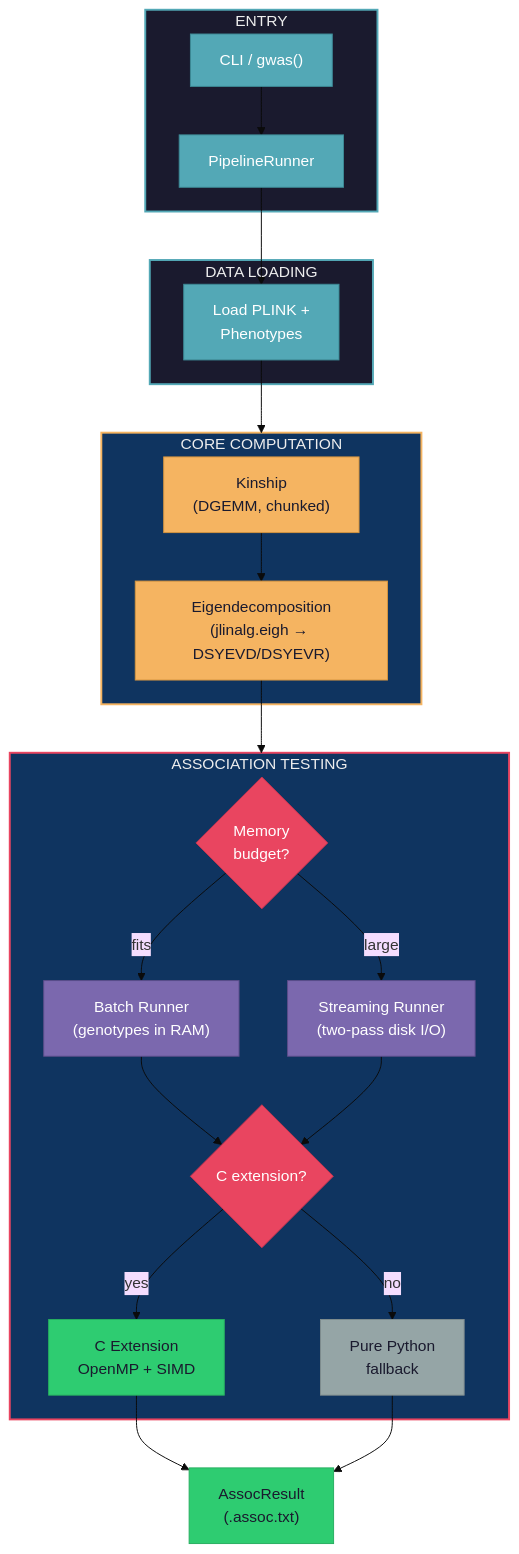
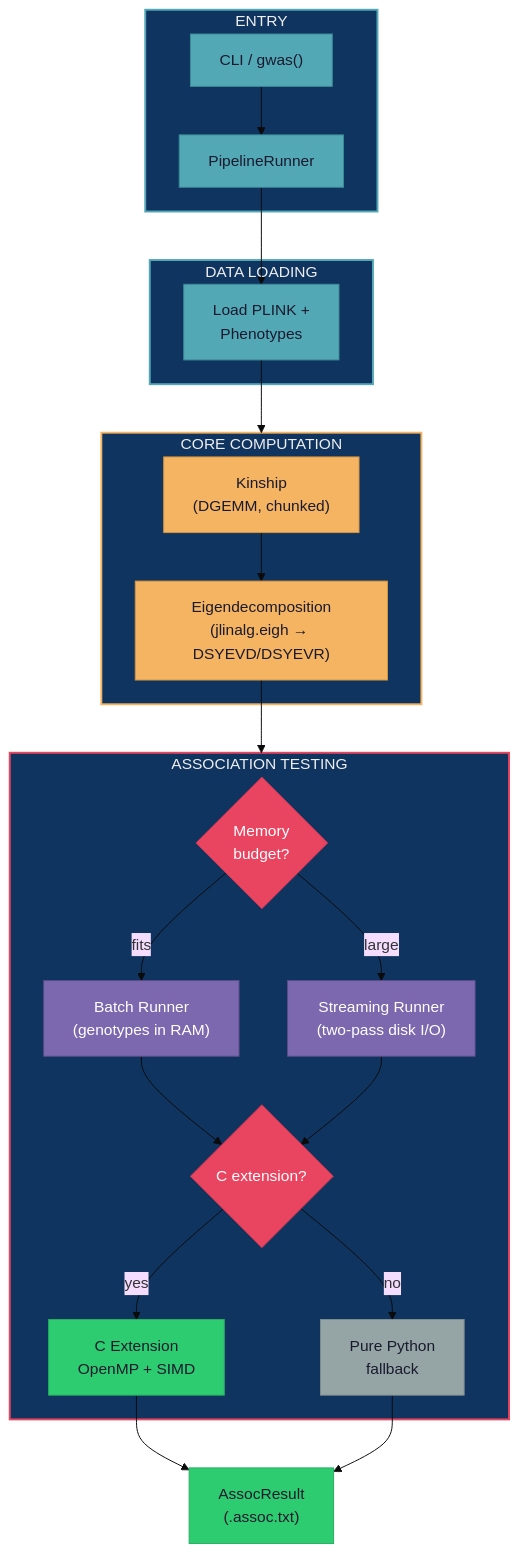
The diagram in README.md (michael-denyer/jamma), drawn with Mermaid (base theme) before and after one commit. The commit also changed 5 other files, not shown here.

First line of the commit message:
Fix the rendered architecture diagram's arrows, labels and contrast

````diff
--- a/README.md
+++ b/README.md
@@ -228,61 +228,61 @@
 ```mermaid
 flowchart TD
     subgraph ENTRY["ENTRY"]
         CLI["CLI / gwas()"]
         PIPE["PipelineRunner"]
         CLI --> PIPE
     end
 
     subgraph IO["DATA LOADING"]
         LOAD["Load PLINK +<br/>Phenotypes"]
     end
 
     subgraph CORE["CORE COMPUTATION"]
         KIN["Kinship<br/>(DGEMM, chunked)"]
         EIG["Eigendecomposition<br/>(jlinalg.eigh → DSYEVD/DSYEVR)"]
         KIN --> EIG
     end
 
     subgraph ASSOC["ASSOCIATION TESTING"]
         MEM{"Memory<br/>budget?"}
         NP["Batch Runner<br/>(genotypes in RAM)"]
         NPS["Streaming Runner<br/>(two-pass disk I/O)"]
         CEXT{"C extension?"}
         C["C Extension<br/>OpenMP + SIMD"]
         PY["Pure Python<br/>fallback"]
         MEM -->|fits| NP
         MEM -->|large| NPS
         NP --> CEXT
         NPS --> CEXT
         CEXT -->|yes| C
         CEXT -->|no| PY
     end
 
     RES["AssocResult<br/>(.assoc.txt)"]
 
     PIPE --> LOAD --> CORE
     EIG --> ASSOC
     C --> RES
     PY --> RES
 
-    style ENTRY fill:#1a1a2e,stroke:#53a8b6,color:#eee,stroke-width:2px
-    style IO fill:#1a1a2e,stroke:#53a8b6,color:#eee,stroke-width:2px
+    style ENTRY fill:#0f3460,stroke:#53a8b6,color:#eee,stroke-width:2px
+    style IO fill:#0f3460,stroke:#53a8b6,color:#eee,stroke-width:2px
     style CORE fill:#0f3460,stroke:#f5b461,color:#eee,stroke-width:2px
     style ASSOC fill:#0f3460,stroke:#e94560,color:#eee,stroke-width:2px
 
-    style CLI fill:#53a8b6,stroke:#3d8a96,color:#fff
-    style PIPE fill:#53a8b6,stroke:#3d8a96,color:#fff
-    style LOAD fill:#53a8b6,stroke:#3d8a96,color:#fff
+    style CLI fill:#53a8b6,stroke:#3d8a96,color:#1a1a2e
+    style PIPE fill:#53a8b6,stroke:#3d8a96,color:#1a1a2e
+    style LOAD fill:#53a8b6,stroke:#3d8a96,color:#1a1a2e
 
     style KIN fill:#f5b461,stroke:#d4943f,color:#1a1a2e
     style EIG fill:#f5b461,stroke:#d4943f,color:#1a1a2e
 
     style MEM fill:#e94560,stroke:#c73550,color:#fff
     style NP fill:#7b68ae,stroke:#5a4d8a,color:#fff
     style NPS fill:#7b68ae,stroke:#5a4d8a,color:#fff
     style CEXT fill:#e94560,stroke:#c73550,color:#fff
     style C fill:#2ecc71,stroke:#27ae60,color:#1a1a2e
     style PY fill:#95a5a6,stroke:#7f8c8d,color:#1a1a2e
 
     style RES fill:#2ecc71,stroke:#27ae60,color:#1a1a2e
 ```
````
